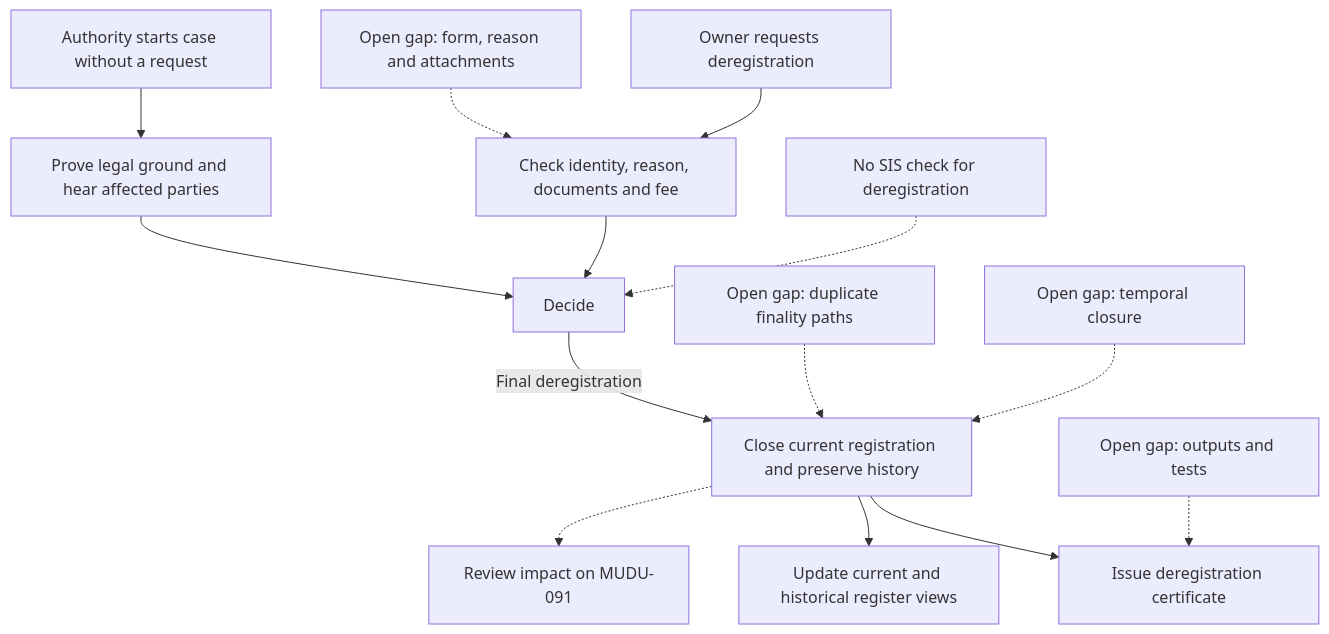
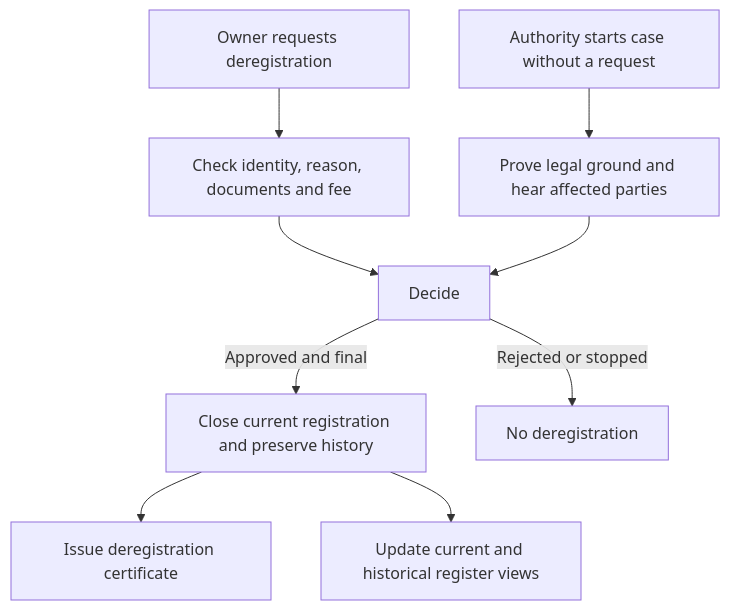
One commit to fixerivan/mudu-process-definition-standard changed the diagram in examples/MUDU-063/graph.md. Above: the diagram before and after it, drawn with Mermaid. The commit also changed other lines of this file and 5 other files, not shown here.

Commit message:
separate process flow from gaps and impacts

````diff
--- a/examples/MUDU-063/graph.md
+++ b/examples/MUDU-063/graph.md
@@ -5,16 +5,11 @@
 ```mermaid
 graph TD
     A1["Owner requests deregistration"] --> B["Check identity, reason, documents and fee"]
     A2["Authority starts case without a request"] --> B2["Prove legal ground and hear affected parties"]
     B --> C["Decide"]
     B2 --> C
-    C -->|Final deregistration| D["Close current registration and preserve history"]
+    C -->|Approved and final| D["Close current registration and preserve history"]
+    C -->|Rejected or stopped| X["No deregistration"]
     D --> E["Issue deregistration certificate"]
     D --> F["Update current and historical register views"]
-    D -.-> M91["Review impact on MUDU-091"]
-    N["No SIS check for deregistration"] -.-> C
-    G1["Open gap: form, reason and attachments"] -.-> B
-    G2["Open gap: duplicate finality paths"] -.-> D
-    G3["Open gap: temporal closure"] -.-> D
-    G4["Open gap: outputs and tests"] -.-> E
 ```
````
